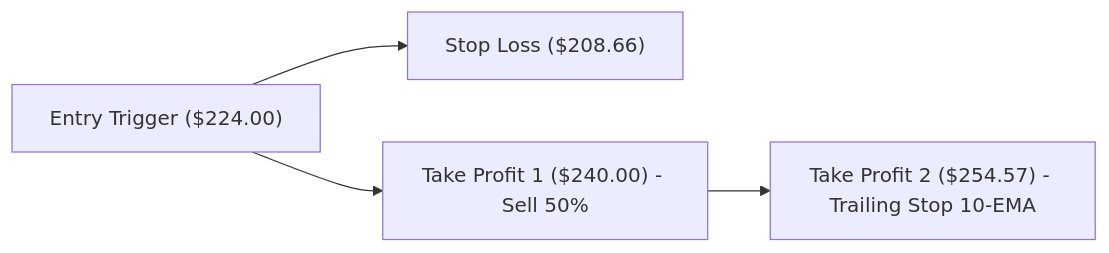
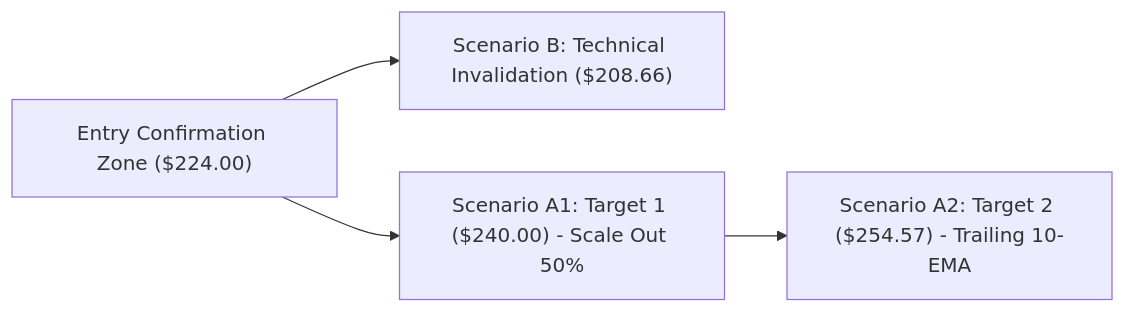
One commit to sepnewtrade-report/sepkhawgontrade-reports changed the first of 2 diagrams in MEMBERSHIP CONTENT SYSTEM/vp_top_opportunity_radar_2026_08_08.md. Above: the diagram before and after it, drawn with Mermaid. The commit also changed other lines of this file and 5 other files, not shown here.

````diff
--- a/MEMBERSHIP CONTENT SYSTEM/vp_top_opportunity_radar_2026_08_08.md
+++ b/MEMBERSHIP CONTENT SYSTEM/vp_top_opportunity_radar_2026_08_08.md
@@ -22,6 +22,6 @@
 ```mermaid
 flowchart LR
-    A["Entry Trigger ($224.00)"] --> B["Stop Loss ($208.66)"]
-    A --> C["Take Profit 1 ($240.00) - Sell 50%"]
-    C --> D["Take Profit 2 ($254.57) - Trailing Stop 10-EMA"]
+    A["Entry Confirmation Zone ($224.00)"] --> B["Scenario B: Technical Invalidation ($208.66)"]
+    A --> C["Scenario A1: Target 1 ($240.00) - Scale Out 50%"]
+    C --> D["Scenario A2: Target 2 ($254.57) - Trailing 10-EMA"]
 ```
````
